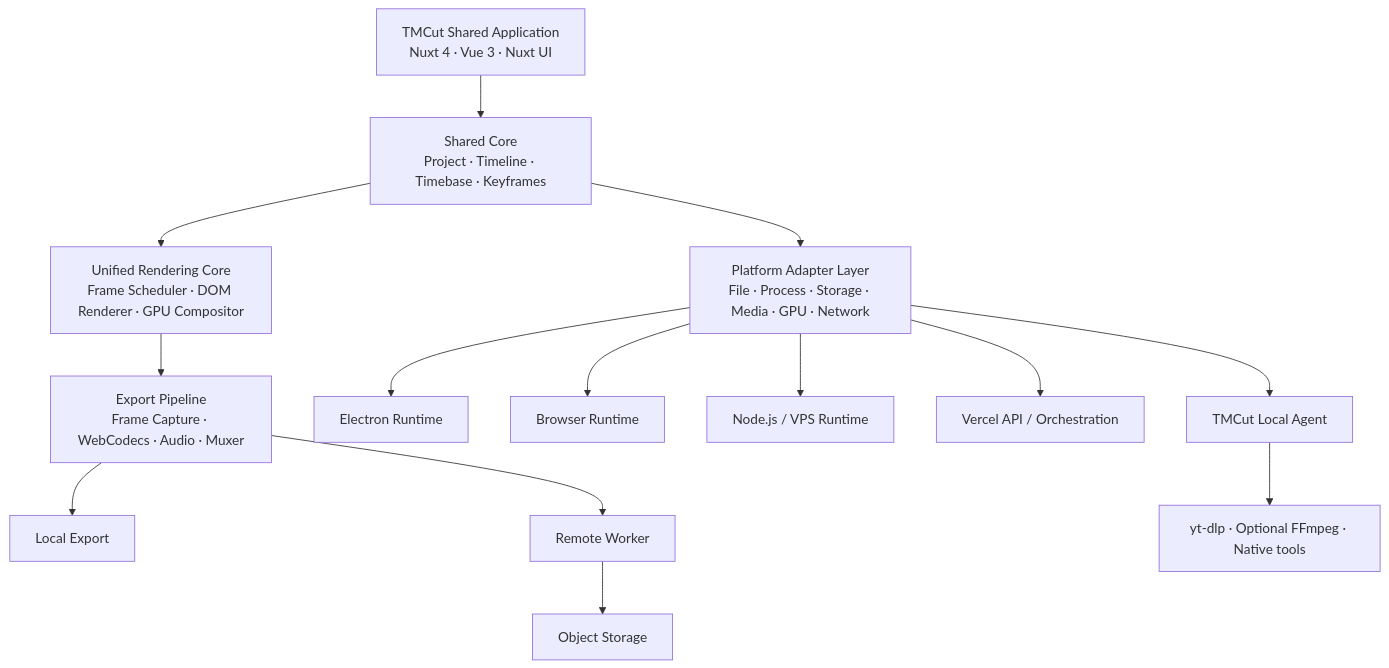
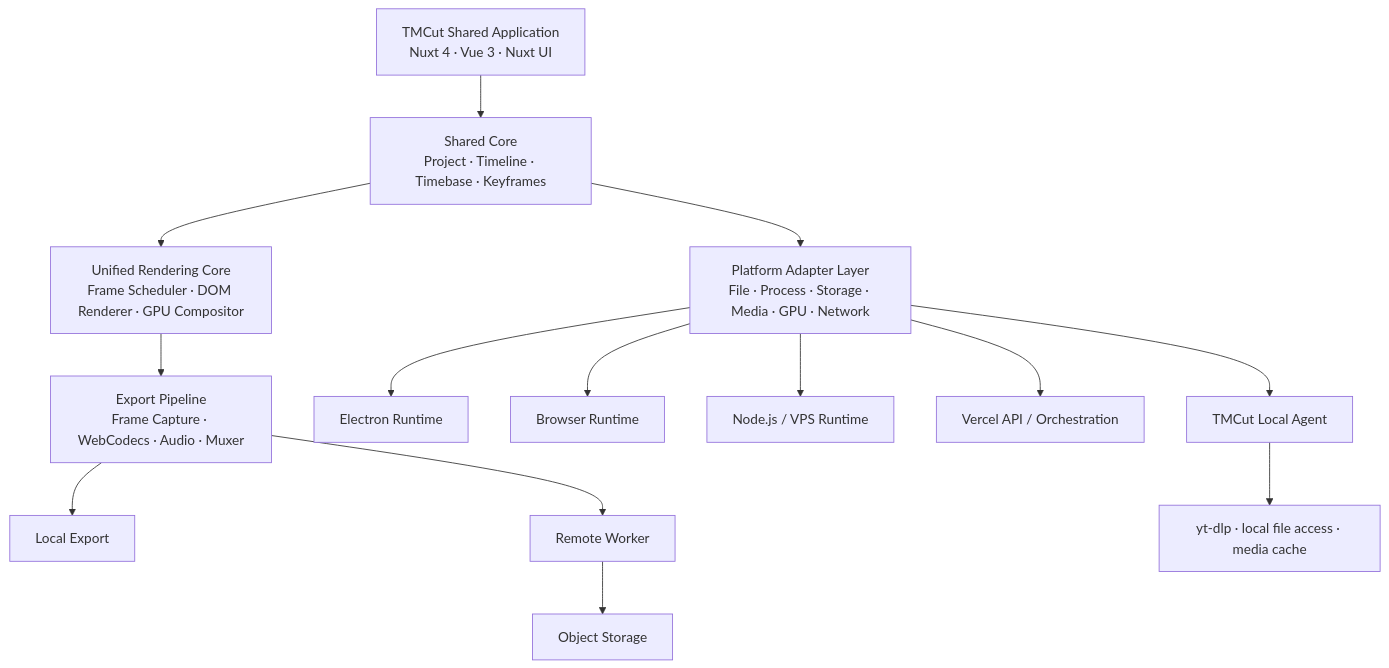
Before and after one commit to tuanmjnh/tm-studio: the first of 5 diagrams in docs/tmcut-v4-universal-rendering-multiplatform-roadmap.md, drawn with Mermaid. The commit also changed other lines of this file and 3 other files, not shown here.

````diff
--- a/docs/tmcut-v4-universal-rendering-multiplatform-roadmap.md
+++ b/docs/tmcut-v4-universal-rendering-multiplatform-roadmap.md
@@ -49,24 +51,24 @@
 ```mermaid
 flowchart TB
     UI["TMCut Shared Application<br/>Nuxt 4 · Vue 3 · Nuxt UI"]
     CORE["Shared Core<br/>Project · Timeline · Timebase · Keyframes"]
     PLATFORM["Platform Adapter Layer<br/>File · Process · Storage · Media · GPU · Network"]
     RENDER["Unified Rendering Core<br/>Frame Scheduler · DOM Renderer · GPU Compositor"]
     EXPORT["Export Pipeline<br/>Frame Capture · WebCodecs · Audio · Muxer"]
 
     UI --> CORE
     CORE --> PLATFORM
     CORE --> RENDER
     RENDER --> EXPORT
 
     PLATFORM --> ELECTRON["Electron Runtime"]
     PLATFORM --> BROWSER["Browser Runtime"]
     PLATFORM --> SERVER["Node.js / VPS Runtime"]
     PLATFORM --> VERCEL["Vercel API / Orchestration"]
 
     EXPORT --> LOCAL["Local Export"]
     EXPORT --> WORKER["Remote Worker"]
     PLATFORM --> AGENT["TMCut Local Agent"]
-    AGENT --> NATIVE["yt-dlp · Optional FFmpeg · Native tools"]
+    AGENT --> NATIVE["yt-dlp · local file access · media cache"]
     WORKER --> STORAGE["Object Storage"]
 ```
````
